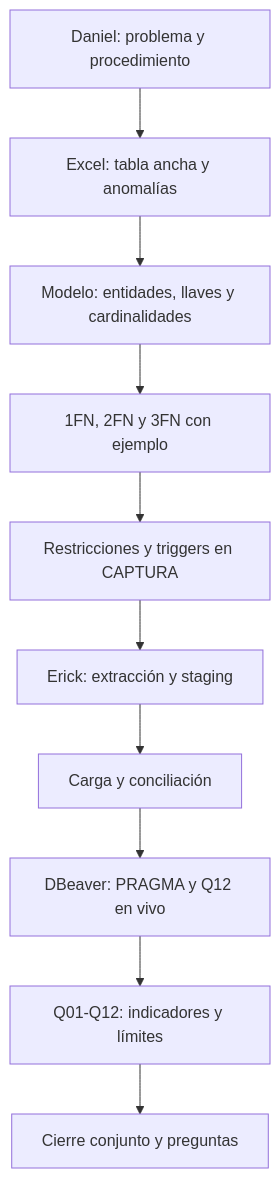
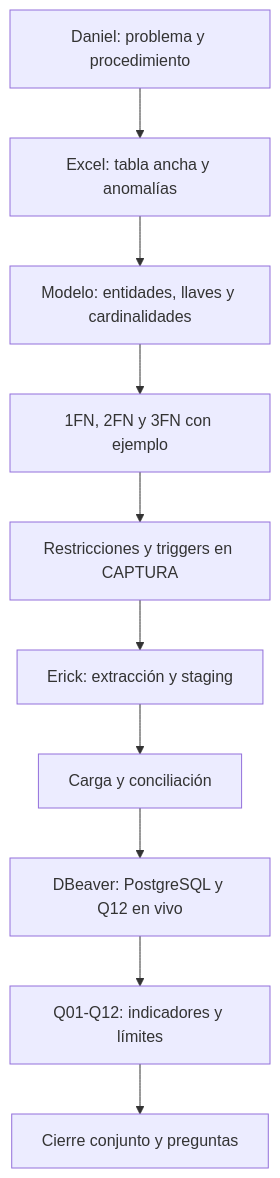
One commit to dan1elcg1raldo000/BDI-Proyecto-Final-Daniel-Felipe-Chica-Giraldo-Erick-Noel-Delgado-Serna changed the first of 2 diagrams in docs/FLUJOS.md. Above: the diagram before and after it, drawn with Mermaid. The commit also changed other lines of this file and 41 other files, not shown here.

Commit message:
Adapta entrega a PostgreSQL exigido en Classroom y valida datos y consultas

````diff
--- a/docs/FLUJOS.md
+++ b/docs/FLUJOS.md
@@ -5,12 +5,12 @@
 ```mermaid
 flowchart TD
  A[Daniel: problema y procedimiento] --> B[Excel: tabla ancha y anomalías]
  B --> C[Modelo: entidades, llaves y cardinalidades]
  C --> D[1FN, 2FN y 3FN con ejemplo]
  D --> E[Restricciones y triggers en CAPTURA]
  E --> F[Erick: extracción y staging]
  F --> G[Carga y conciliación]
- G --> H[DBeaver: PRAGMA y Q12 en vivo]
+ G --> H[DBeaver: PostgreSQL y Q12 en vivo]
  H --> I[Q01-Q12: indicadores y límites]
  I --> J[Cierre conjunto y preguntas]
 ```
````
